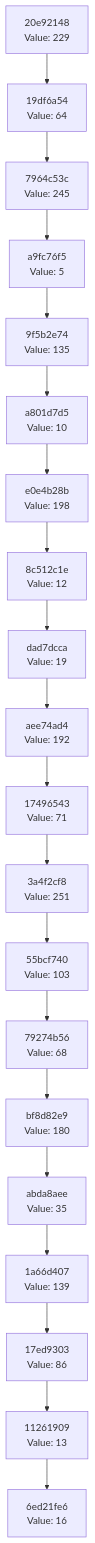
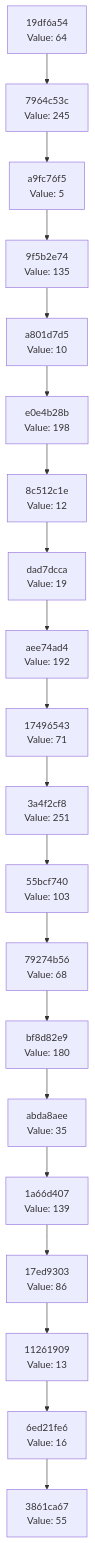
Before and after one commit to Abhisheksinha1506/hash-chain-evolver: the diagram in docs/CHAIN_VISUALIZATION.md, drawn with Mermaid. The commit also changed 2 other files, not shown here.

Commit message:
Evolution step: hash 0x37 → action executed

````diff
--- a/docs/CHAIN_VISUALIZATION.md
+++ b/docs/CHAIN_VISUALIZATION.md
@@ -3,42 +3,42 @@
 ```mermaid
 graph TD
-    C0["6ed21fe6<br/>Value: 16"]
-    C1["11261909<br/>Value: 13"]
+    C0["3861ca67<br/>Value: 55"]
+    C1["6ed21fe6<br/>Value: 16"]
     C1 --> C0
-    C2["17ed9303<br/>Value: 86"]
+    C2["11261909<br/>Value: 13"]
     C2 --> C1
-    C3["1a66d407<br/>Value: 139"]
+    C3["17ed9303<br/>Value: 86"]
     C3 --> C2
-    C4["abda8aee<br/>Value: 35"]
+    C4["1a66d407<br/>Value: 139"]
     C4 --> C3
-    C5["bf8d82e9<br/>Value: 180"]
+    C5["abda8aee<br/>Value: 35"]
     C5 --> C4
-    C6["79274b56<br/>Value: 68"]
+    C6["bf8d82e9<br/>Value: 180"]
     C6 --> C5
-    C7["55bcf740<br/>Value: 103"]
+    C7["79274b56<br/>Value: 68"]
     C7 --> C6
-    C8["3a4f2cf8<br/>Value: 251"]
+    C8["55bcf740<br/>Value: 103"]
     C8 --> C7
-    C9["17496543<br/>Value: 71"]
+    C9["3a4f2cf8<br/>Value: 251"]
     C9 --> C8
-    C10["aee74ad4<br/>Value: 192"]
+    C10["17496543<br/>Value: 71"]
     C10 --> C9
-    C11["dad7dcca<br/>Value: 19"]
+    C11["aee74ad4<br/>Value: 192"]
     C11 --> C10
-    C12["8c512c1e<br/>Value: 12"]
+    C12["dad7dcca<br/>Value: 19"]
     C12 --> C11
-    C13["e0e4b28b<br/>Value: 198"]
+    C13["8c512c1e<br/>Value: 12"]
     C13 --> C12
-    C14["a801d7d5<br/>Value: 10"]
+    C14["e0e4b28b<br/>Value: 198"]
     C14 --> C13
-    C15["9f5b2e74<br/>Value: 135"]
+    C15["a801d7d5<br/>Value: 10"]
     C15 --> C14
-    C16["a9fc76f5<br/>Value: 5"]
+    C16["9f5b2e74<br/>Value: 135"]
     C16 --> C15
-    C17["7964c53c<br/>Value: 245"]
+    C17["a9fc76f5<br/>Value: 5"]
     C17 --> C16
-    C18["19df6a54<br/>Value: 64"]
+    C18["7964c53c<br/>Value: 245"]
     C18 --> C17
-    C19["20e92148<br/>Value: 229"]
+    C19["19df6a54<br/>Value: 64"]
     C19 --> C18
 ```
````
